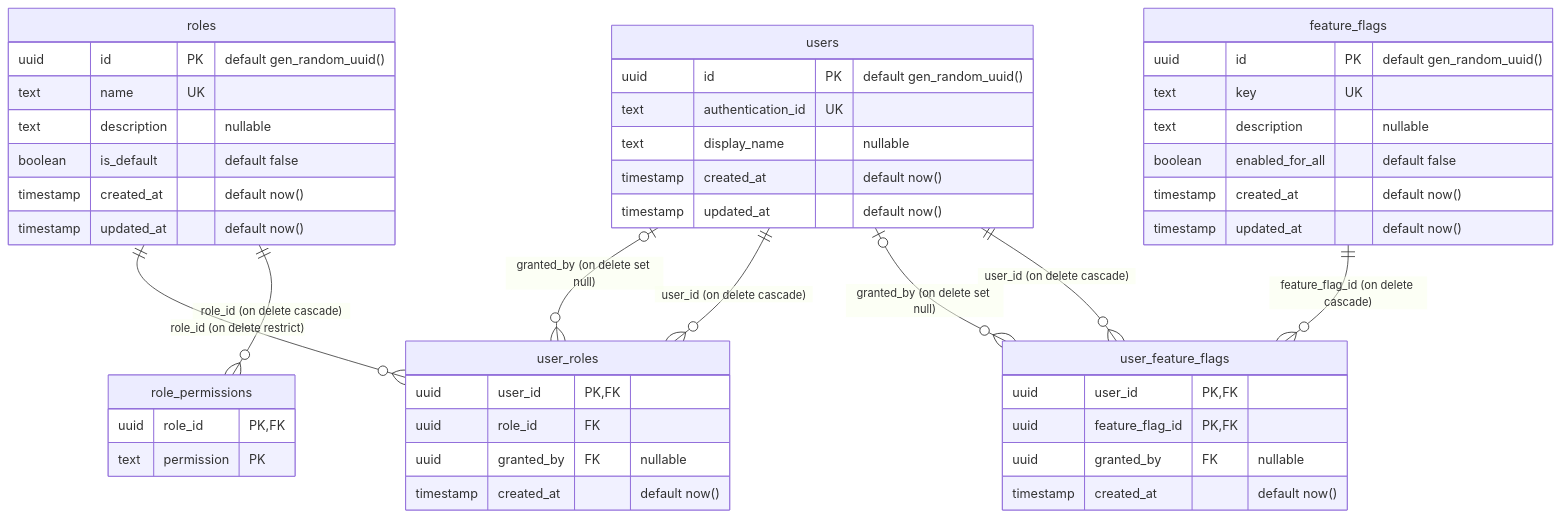
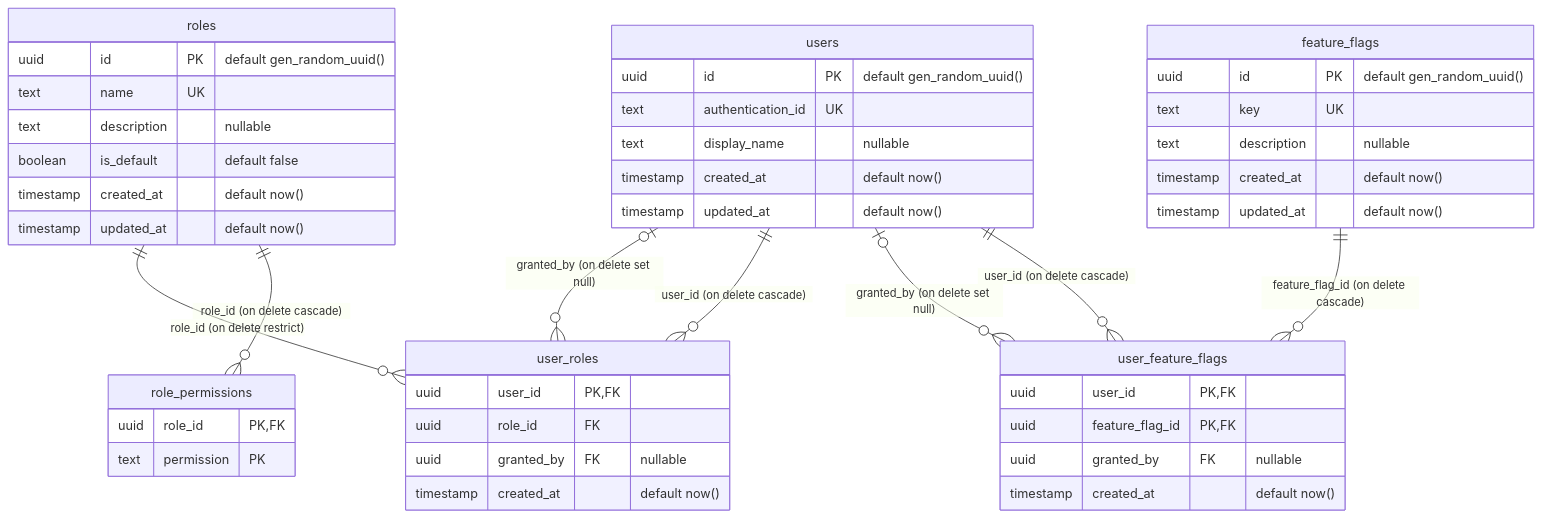
Before and after one commit to capitnflam/books: the diagram in packages/database/ERD.md, drawn with Mermaid. The commit also changed 30 other files, not shown here.

````diff
--- a/packages/database/ERD.md
+++ b/packages/database/ERD.md
@@ -7,49 +7,48 @@
 ```mermaid
 erDiagram
   roles ||--o{ role_permissions : "role_id (on delete cascade)"
   users ||--o{ user_feature_flags : "user_id (on delete cascade)"
   feature_flags ||--o{ user_feature_flags : "feature_flag_id (on delete cascade)"
   users |o--o{ user_feature_flags : "granted_by (on delete set null)"
   users ||--o{ user_roles : "user_id (on delete cascade)"
   roles ||--o{ user_roles : "role_id (on delete restrict)"
   users |o--o{ user_roles : "granted_by (on delete set null)"
   feature_flags {
     uuid id PK "default gen_random_uuid()"
     text key UK
     text description "nullable"
-    boolean enabled_for_all "default false"
     timestamp created_at "default now()"
     timestamp updated_at "default now()"
   }
   role_permissions {
     uuid role_id PK,FK
     text permission PK
   }
   roles {
     uuid id PK "default gen_random_uuid()"
     text name UK
     text description "nullable"
     boolean is_default "default false"
     timestamp created_at "default now()"
     timestamp updated_at "default now()"
   }
   user_feature_flags {
     uuid user_id PK,FK
     uuid feature_flag_id PK,FK
     uuid granted_by FK "nullable"
     timestamp created_at "default now()"
   }
   user_roles {
     uuid user_id PK,FK
     uuid role_id FK
     uuid granted_by FK "nullable"
     timestamp created_at "default now()"
   }
   users {
     uuid id PK "default gen_random_uuid()"
     text authentication_id UK
     text display_name "nullable"
     timestamp created_at "default now()"
     timestamp updated_at "default now()"
   }
 ```
````
